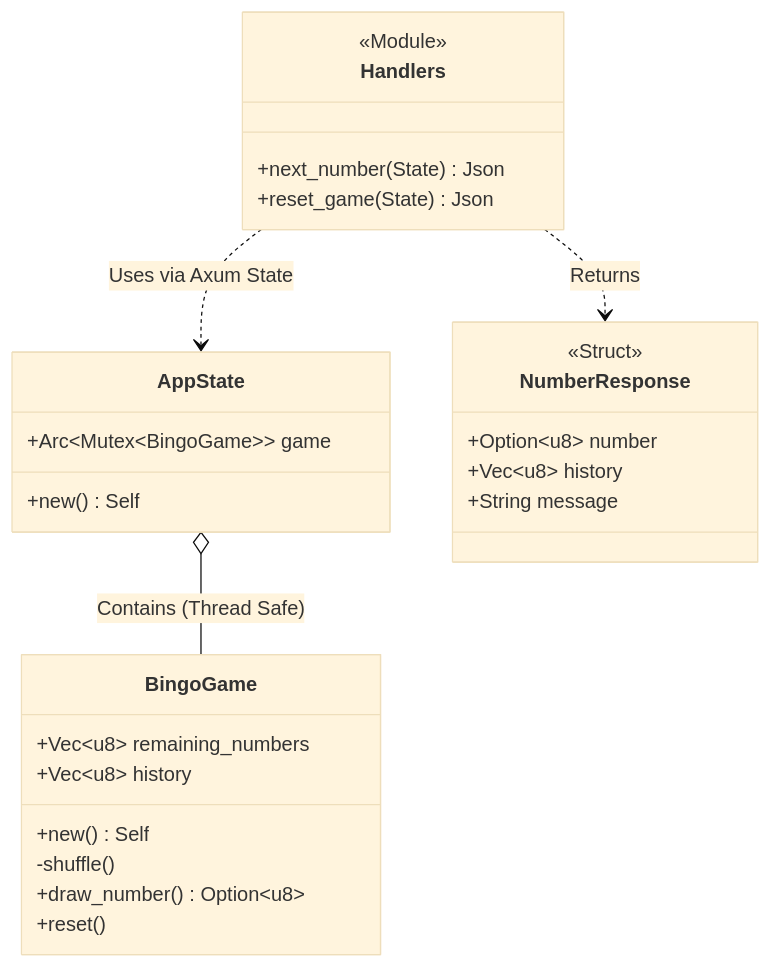
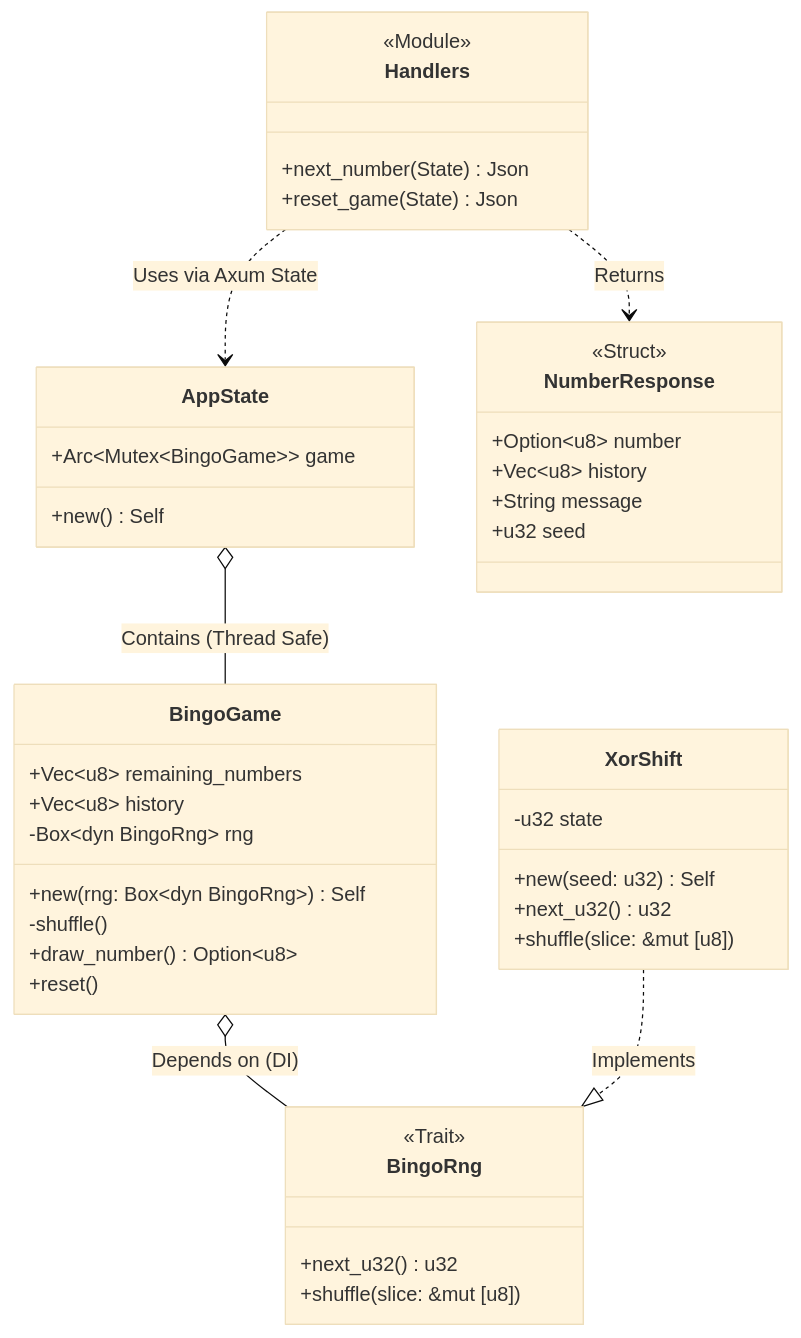
The second of 4 diagrams in docs/ARCHITECTURE.md (yasyasyu/bingo-server), drawn with Mermaid (base theme) before and after one commit.

Commit message:
Update ARCHITECTURE.md to include RNG and DI structure

````diff
--- a/docs/ARCHITECTURE.md
+++ b/docs/ARCHITECTURE.md
@@ -35,35 +35,52 @@
 ```mermaid
 classDiagram
     title Backend Class Structure
 
     class AppState {
         +Arc~Mutex~BingoGame~~ game
         +new() Self
     }
 
+    class BingoRng {
+        <<Trait>>
+        +next_u32() u32
+        +shuffle(slice: &mut [u8])
+    }
+
+    class XorShift {
+        -u32 state
+        +new(seed: u32) Self
+        +next_u32() u32
+        +shuffle(slice: &mut [u8])
+    }
+
     class BingoGame {
         +Vec~u8~ remaining_numbers
         +Vec~u8~ history
-        +new() Self
+        -Box~dyn BingoRng~ rng
+        +new(rng: Box~dyn BingoRng~) Self
         -shuffle()
         +draw_number() Option~u8~
         +reset()
     }
 
     class Handlers {
         <<Module>>
         +next_number(State) Json
         +reset_game(State) Json
     }
     
     class NumberResponse {
         <<Struct>>
         +Option~u8~ number
         +Vec~u8~ history
         +String message
+        +u32 seed
     }
 
     Handlers ..> AppState : Uses via Axum State
     Handlers ..> NumberResponse : Returns
     AppState o-- BingoGame : Contains (Thread Safe)
+    BingoGame o-- BingoRng : Depends on (DI)
+    XorShift ..|> BingoRng : Implements
 ```
````
